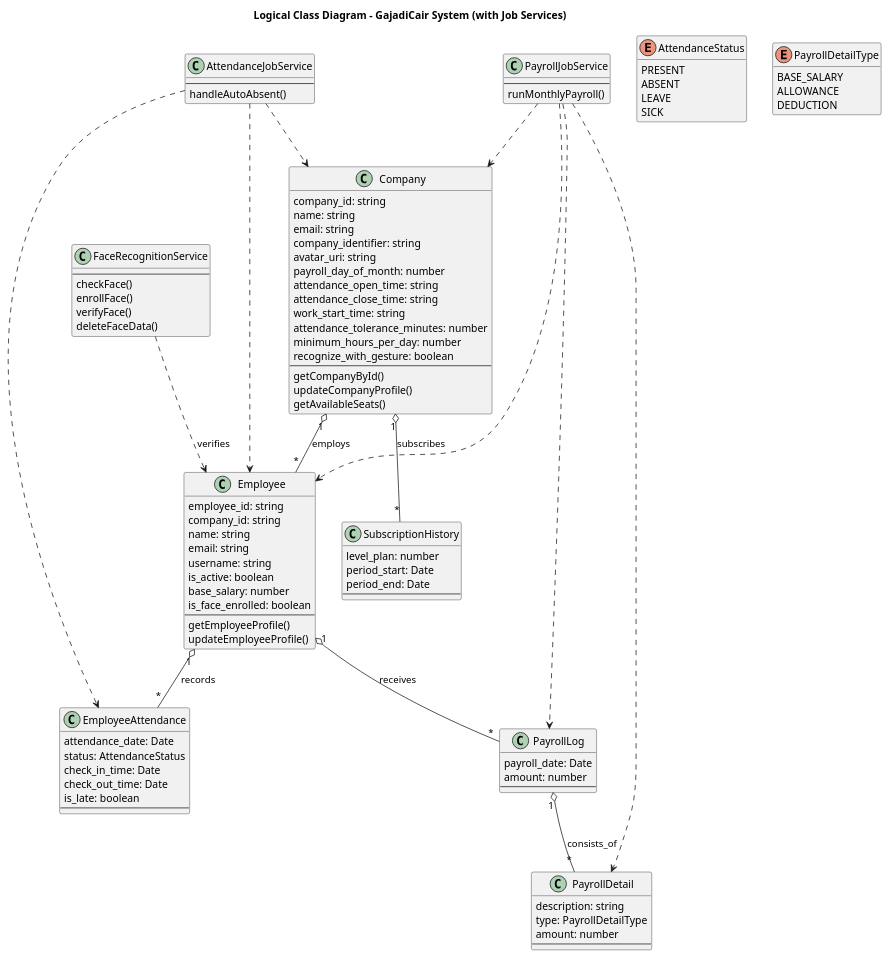
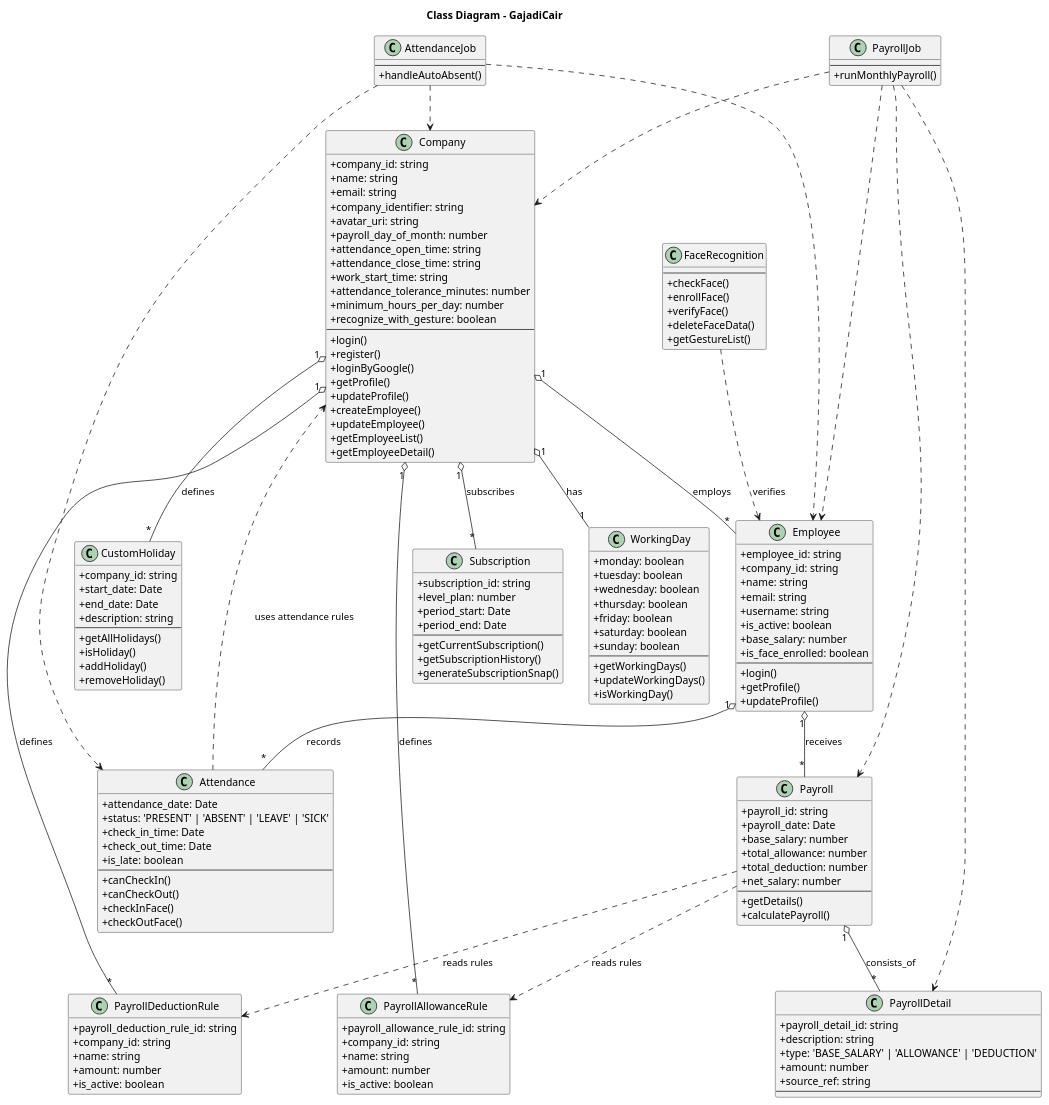
The diagram in preview.wsd (kanzennn/GajadiCair-BE), drawn with PlantUML before and after one commit. The commit also changed 9 other files, not shown here.

Commit message:
fix(employee): fix logic deleted employee can login

```diff
--- a/preview.wsd
+++ b/preview.wsd
@@ -1,5 +1,5 @@
 @startuml
-title Logical Class Diagram - GajadiCair System (with Job Services)
+title Class Diagram - GajadiCair
 
 skinparam classAttributeIconSize 0
 hide empty members
@@ -8,39 +8,46 @@
 ' COMPANY
 ' =========================
 class Company {
-  company_id: string
-  name: string
-  email: string
-  company_identifier: string
-  avatar_uri: string
-  payroll_day_of_month: number
-  attendance_open_time: string
-  attendance_close_time: string
-  work_start_time: string
-  attendance_tolerance_minutes: number
-  minimum_hours_per_day: number
-  recognize_with_gesture: boolean
+  + company_id: string
+  + name: string
+  + email: string
+  + company_identifier: string
+  + avatar_uri: string
+  + payroll_day_of_month: number
+  + attendance_open_time: string
+  + attendance_close_time: string
+  + work_start_time: string
+  + attendance_tolerance_minutes: number
+  + minimum_hours_per_day: number
+  + recognize_with_gesture: boolean
   --
-  getCompanyById()
-  updateCompanyProfile()
-  getAvailableSeats()
+  + login()
+  + register()
+  + loginByGoogle()
+  + getProfile()
+  + updateProfile()
+  + createEmployee()
+  + updateEmployee()
+  + getEmployeeList()
+  + getEmployeeDetail()
 }
 
 ' =========================
 ' EMPLOYEE
 ' =========================
 class Employee {
-  employee_id: string
-  company_id: string
-  name: string
-  email: string
-  username: string
-  is_active: boolean
-  base_salary: number
-  is_face_enrolled: boolean
+  + employee_id: string
+  + company_id: string
+  + name: string
+  + email: string
+  + username: string
+  + is_active: boolean
+  + base_salary: number
+  + is_face_enrolled: boolean
   --
-  getEmployeeProfile()
-  updateEmployeeProfile()
+  + login()
+  + getProfile()
+  + updateProfile()
 }
 
 Company "1" o-- "*" Employee : employs
@@ -48,94 +55,157 @@
 ' =========================
 ' ATTENDANCE
 ' =========================
-class EmployeeAttendance {
-  attendance_date: Date
-  status: AttendanceStatus
-  check_in_time: Date
-  check_out_time: Date
-  is_late: boolean
+class Attendance {
+  + attendance_date: Date
+  + status: 'PRESENT' | 'ABSENT' | 'LEAVE' | 'SICK'
+  + check_in_time: Date
+  + check_out_time: Date
+  + is_late: boolean
+  --
+  + canCheckIn()
+  + canCheckOut()
+  + checkInFace()
+  + checkOutFace()
+}
+
+
+Employee "1" o-- "*" Attendance : records
+Attendance ..> Company : uses attendance rules
+
+' =========================
+' PAYROLL (Snapshot)
+' =========================
+class Payroll {
+  + payroll_id: string
+  + payroll_date: Date
+  + base_salary: number
+  + total_allowance: number
+  + total_deduction: number
+  + net_salary: number
+  --
+  + getDetails()
+  + calculatePayroll()
+}
+
+class PayrollDetail {
+  + payroll_detail_id: string
+  + description: string
+  + type: 'BASE_SALARY' | 'ALLOWANCE' | 'DEDUCTION'
+  + amount: number
+  + source_ref: string
   --
 }
 
-enum AttendanceStatus {
-  PRESENT
-  ABSENT
-  LEAVE
-  SICK
+Employee "1" o-- "*" Payroll : receives
+Payroll "1" o-- "*" PayrollDetail : consists_of
+
+' =========================
+' PAYROLL RULES (Company Master)
+' =========================
+class PayrollAllowanceRule {
+  + payroll_allowance_rule_id: string
+  + company_id: string
+  + name: string
+  + amount: number
+  + is_active: boolean
 }
 
-Employee "1" o-- "*" EmployeeAttendance : records
-
-' =========================
-' PAYROLL
-' =========================
-class PayrollLog {
-  payroll_date: Date
-  amount: number
-  --
+class PayrollDeductionRule {
+  + payroll_deduction_rule_id: string
+  + company_id: string
+  + name: string
+  + amount: number
+  + is_active: boolean
 }
 
-class PayrollDetail {
-  description: string
-  type: PayrollDetailType
-  amount: number
-  --
-}
+Company "1" o-- "*" PayrollAllowanceRule : defines
+Company "1" o-- "*" PayrollDeductionRule : defines
 
-enum PayrollDetailType {
-  BASE_SALARY
-  ALLOWANCE
-  DEDUCTION
-}
-
-Employee "1" o-- "*" PayrollLog : receives
-PayrollLog "1" o-- "*" PayrollDetail : consists_of
+Payroll ..> PayrollAllowanceRule : reads rules
+Payroll ..> PayrollDeductionRule : reads rules
 
 ' =========================
 ' SUBSCRIPTION
 ' =========================
-class SubscriptionHistory {
-  level_plan: number
-  period_start: Date
-  period_end: Date
+class Subscription {
+  + subscription_id: string
+  + level_plan: number
+  + period_start: Date
+  + period_end: Date
   --
+  + getCurrentSubscription()
+  + getSubscriptionHistory()
+  + generateSubscriptionSnap()
 }
 
-Company "1" o-- "*" SubscriptionHistory : subscribes
+Company "1" o-- "*" Subscription : subscribes
 
 ' =========================
-' FACE RECOGNITION
+' FACE RECOGNITION (External Service)
 ' =========================
-class FaceRecognitionService {
+class FaceRecognition {
   --
-  checkFace()
-  enrollFace()
-  verifyFace()
-  deleteFaceData()
+  + checkFace()
+  + enrollFace()
+  + verifyFace()
+  + deleteFaceData()
+  + getGestureList()
 }
 
-FaceRecognitionService ..> Employee : verifies
+FaceRecognition ..> Employee : verifies
 
 ' =========================
-' JOB SERVICES
+' JOBS
 ' =========================
-class AttendanceJobService {
+class AttendanceJob {
   --
-  handleAutoAbsent()
+  + handleAutoAbsent()
 }
 
-class PayrollJobService {
+class PayrollJob {
   --
-  runMonthlyPayroll()
+  + runMonthlyPayroll()
 }
 
-AttendanceJobService ..> Employee
-AttendanceJobService ..> EmployeeAttendance
-AttendanceJobService ..> Company
+AttendanceJob ..> Employee
+AttendanceJob ..> Attendance
+AttendanceJob ..> Company
 
-PayrollJobService ..> Company
-PayrollJobService ..> Employee
-PayrollJobService ..> PayrollLog
-PayrollJobService ..> PayrollDetail
+PayrollJob ..> Company
+PayrollJob ..> Employee
+PayrollJob ..> Payroll
+PayrollJob ..> PayrollDetail
+
+' =========================
+' WORKING DAYS & HOLIDAYS
+' =========================
+class WorkingDay {
+  + monday: boolean
+  + tuesday: boolean
+  + wednesday: boolean
+  + thursday: boolean
+  + friday: boolean
+  + saturday: boolean
+  + sunday: boolean
+  --
+  + getWorkingDays()
+  + updateWorkingDays()
+  + isWorkingDay()
+}
+
+class CustomHoliday {
+  + company_id: string
+  + start_date: Date
+  + end_date: Date
+  + description: string
+  --
+  + getAllHolidays()
+  + isHoliday()
+  + addHoliday()
+  + removeHoliday()
+}
+
+Company "1" o-- "1" WorkingDay : has
+Company "1" o-- "*" CustomHoliday : defines
 
 @enduml
```
